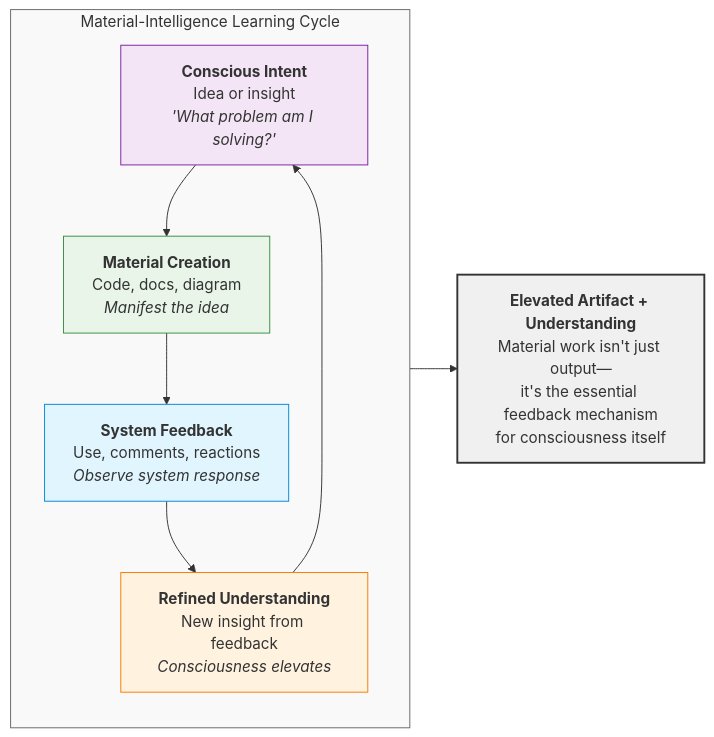
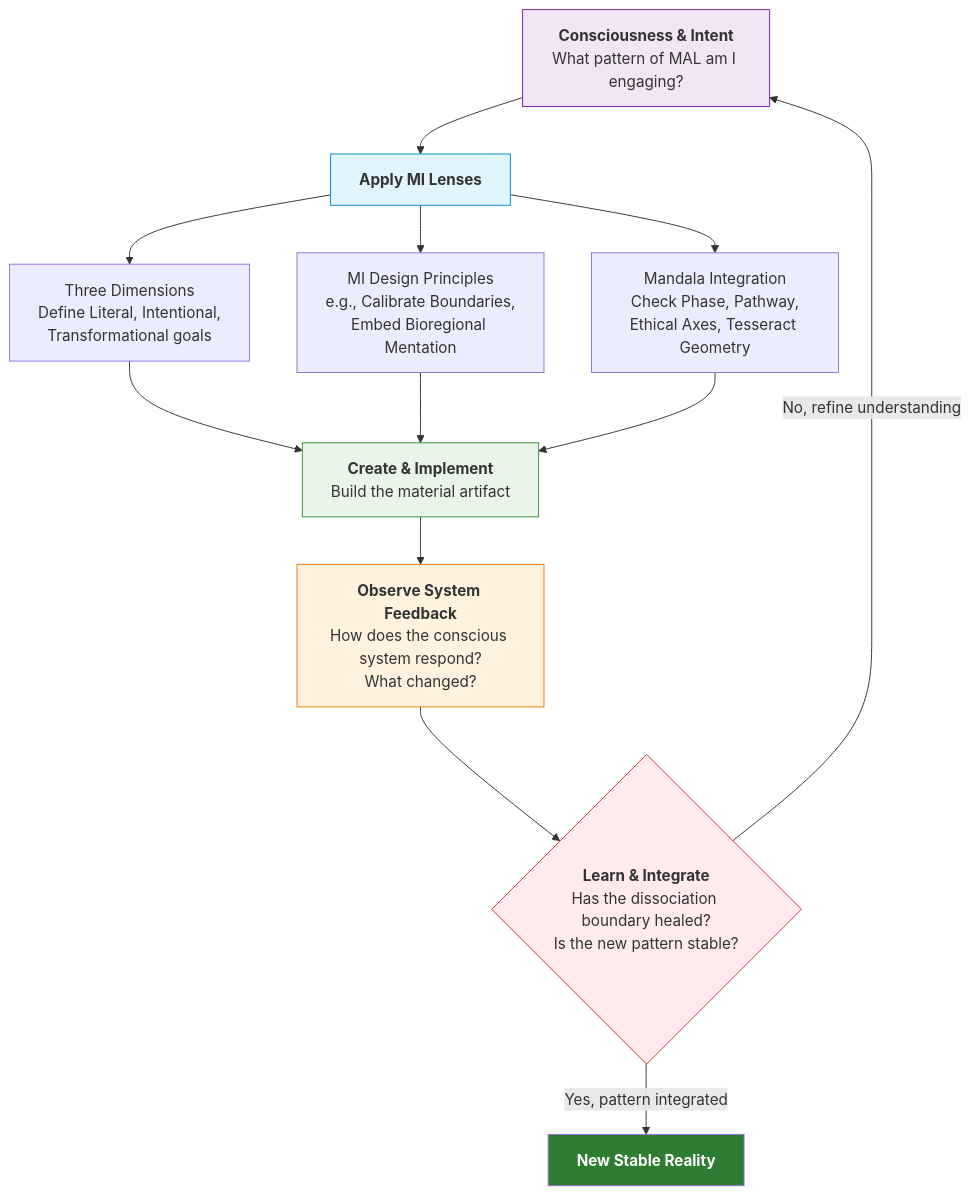
Before and after one commit to ravaioli/solarpunk-mandala: the third of 3 diagrams in framework/core-model/07-material-intelligence-framework.md, drawn with Mermaid. The commit also changed other lines of this file, not shown here.

First line of the commit message:
Revise Material Intelligence Framework with applications

````diff
--- a/framework/core-model/07-material-intelligence-framework.md
+++ b/framework/core-model/07-material-intelligence-framework.md
@@ -272,20 +230,26 @@
 ```mermaid
-flowchart LR
-    subgraph Cycle["Material-Intelligence Learning Cycle"]
-        A["<b>Conscious Intent</b><br>Idea or insight<br><i>'What problem am I solving?'</i>"]
-        B["<b>Material Creation</b><br>Code, docs, diagram<br><i>Manifest the idea</i>"]
-        C["<b>System Feedback</b><br>Use, comments, reactions<br><i>Observe system response</i>"]
-        D["<b>Refined Understanding</b><br>New insight from feedback<br><i>Consciousness elevates</i>"]
-        
-        A --> B --> C --> D --> A
-    end
+flowchart TD
+    Start["<b>Consciousness & Intent</b><br>What pattern of MAL am I engaging?"]
     
-    Cycle --> Outcome["<b>Elevated Artifact + Understanding</b><br>Material work isn't just output—<br>it's the essential feedback mechanism<br>for consciousness itself"]
+    Start --> A["<b>Apply MI Lenses</b>"]
     
-    style A fill:#f3e5f5,stroke:#7b1fa2
-    style B fill:#e8f5e8,stroke:#388e3c
-    style C fill:#e1f5fe,stroke:#0288d1
-    style D fill:#fff3e0,stroke:#f57c00
-    style Cycle fill:#f9f9f9,stroke:#666,stroke-width:1px
-    style Outcome fill:#f0f0f0,stroke:#333,stroke-width:2px
+    A --> B["Three Dimensions<br>Define Literal, Intentional,<br>Transformational goals"]
+    A --> C["MI Design Principles<br>e.g., Calibrate Boundaries,<br>Embed Bioregional Mentation"]
+    A --> D["Mandala Integration<br>Check Phase, Pathway,<br>Ethical Axes, Tesseract Geometry"]
+    
+    B & C & D --> E["<b>Create & Implement</b><br>Build the material artifact"]
+    
+    E --> F["<b>Observe System Feedback</b><br>How does the conscious system respond?<br>What changed?"]
+    
+    F --> G{"<b>Learn & Integrate</b><br>Has the dissociation boundary healed?<br>Is the new pattern stable?"}
+    
+    G -->|Yes, pattern integrated| End["<b>New Stable Reality</b>"]
+    G -->|No, refine understanding| Start
+
+    style Start fill:#f3e5f5,stroke:#7b1fa2
+    style A fill:#e1f5fe,stroke:#0288d1
+    style E fill:#e8f5e8,stroke:#388e3c
+    style F fill:#fff3e0,stroke:#f57c00
+    style G fill:#ffebee,stroke:#d32f2f
+    style End fill:#2e7d32,color:#fff
 ```
````
